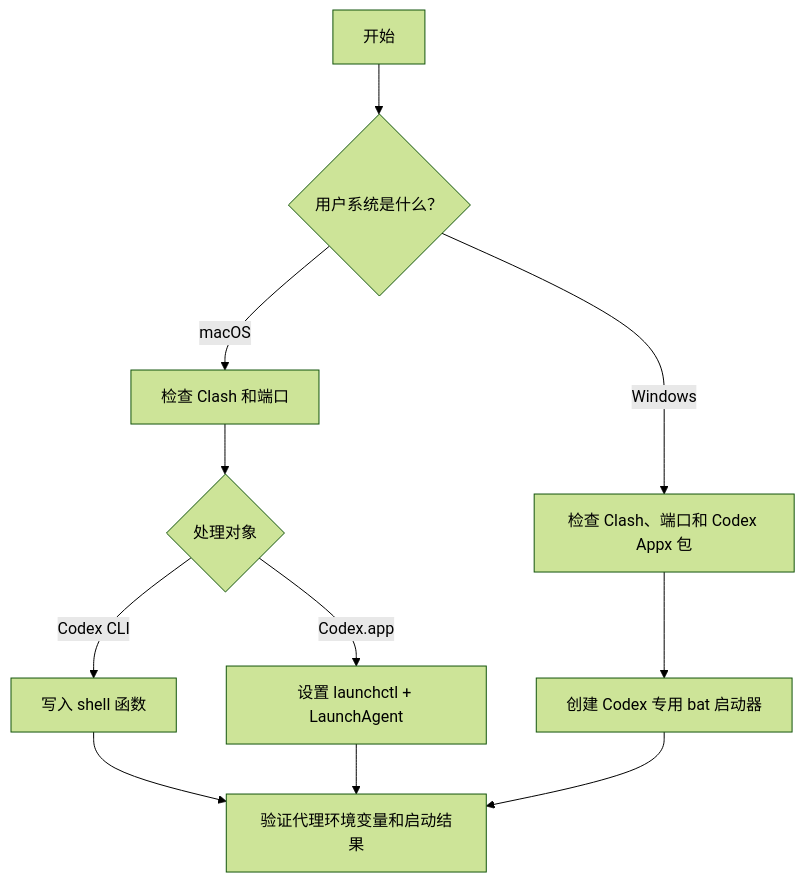
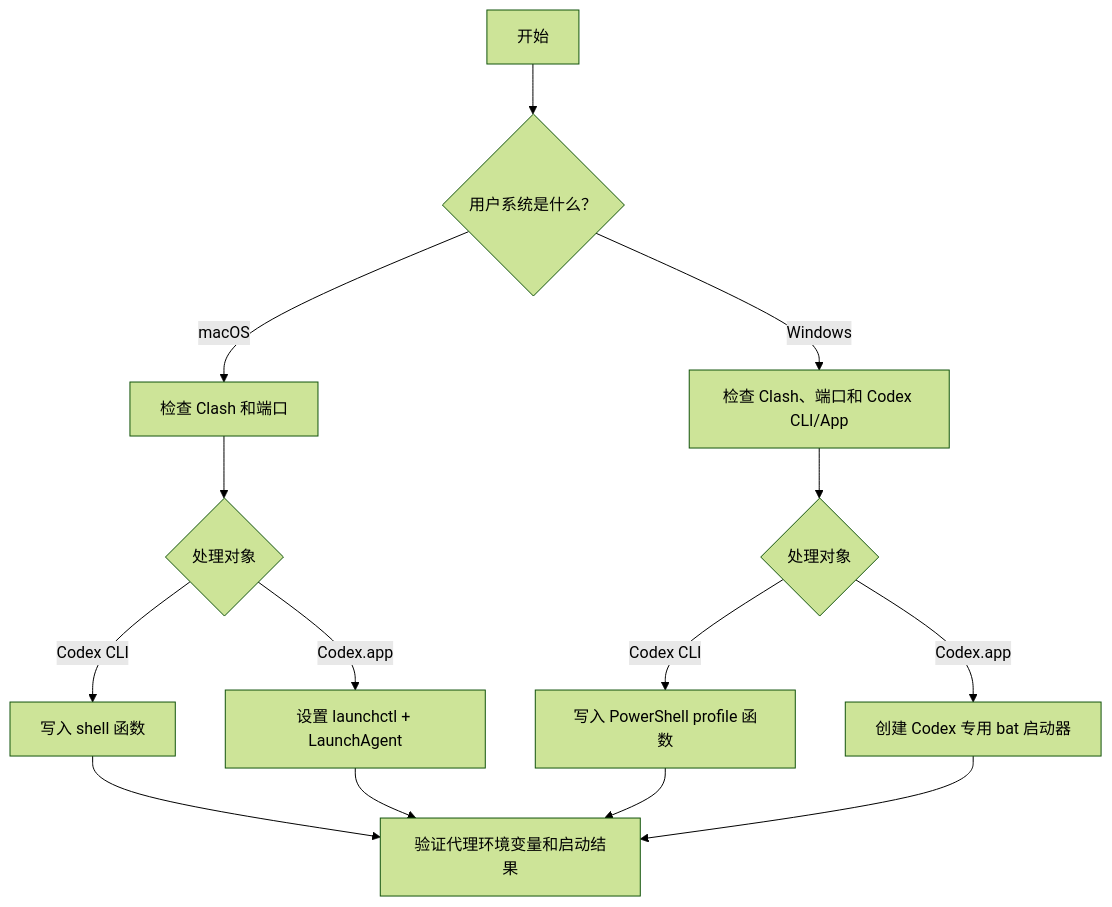
The diagram in playbooks/codex-clash-proxy/README.md (nangongwentian-fe/jay-skills), drawn with Mermaid (forest theme) before and after one commit. The commit also changed other lines of this file, not shown here.

First line of the commit message:
docs: add Windows Codex CLI clash proxy guide

````diff
--- a/playbooks/codex-clash-proxy/README.md
+++ b/playbooks/codex-clash-proxy/README.md
@@ -40,13 +41,16 @@
 ```mermaid
 flowchart TD
     A["开始"] --> B{"用户系统是什么？"}
     B -->|macOS| C["检查 Clash 和端口"]
-    B -->|Windows| D["检查 Clash、端口和 Codex Appx 包"]
+    B -->|Windows| D["检查 Clash、端口和 Codex CLI/App"]
     C --> E{"处理对象"}
     E -->|Codex CLI| F["写入 shell 函数"]
     E -->|Codex.app| G["设置 launchctl + LaunchAgent"]
-    D --> H["创建 Codex 专用 bat 启动器"]
+    D --> J{"处理对象"}
+    J -->|Codex CLI| K["写入 PowerShell profile 函数"]
+    J -->|Codex.app| H["创建 Codex 专用 bat 启动器"]
     F --> I["验证代理环境变量和启动结果"]
     G --> I
+    K --> I
     H --> I
 ```
````
